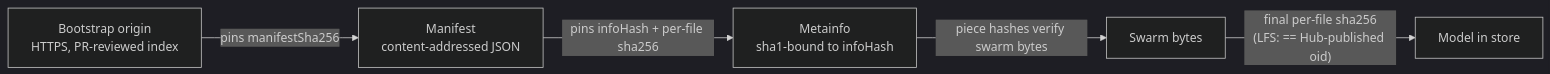
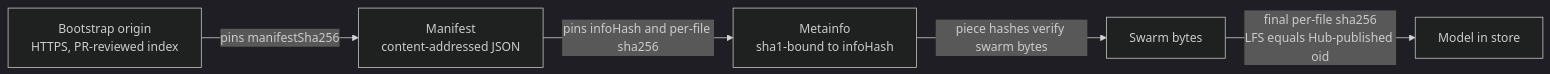
Before and after one commit to log0u7/llmp2p: the diagram in docs/explanation/trust-model.md, drawn with Mermaid (dark theme). The commit also changed 3 other files, not shown here.

First line of the commit message:
docs: normalize mermaid to github-compatible syntax

````diff
--- a/docs/explanation/trust-model.md
+++ b/docs/explanation/trust-model.md
@@ -8,7 +8,7 @@
 ```mermaid
 flowchart LR
-    O["Bootstrap origin<br/>HTTPS, PR-reviewed index"] -->|"pins manifestSha256"| M["Manifest<br/>content-addressed JSON"]
-    M -->|"pins infoHash + per-file sha256"| I["Metainfo<br/>sha1-bound to infoHash"]
+    O["Bootstrap origin<br>HTTPS, PR-reviewed index"] -->|"pins manifestSha256"| M["Manifest<br>content-addressed JSON"]
+    M -->|"pins infoHash and per-file sha256"| I["Metainfo<br>sha1-bound to infoHash"]
     I -->|"piece hashes verify swarm bytes"| S["Swarm bytes"]
-    S -->|"final per-file sha256<br/>(LFS: == Hub-published oid)"| D["Model in store"]
+    S -->|"final per-file sha256<br>LFS equals Hub-published oid"| D["Model in store"]
 ```
````
